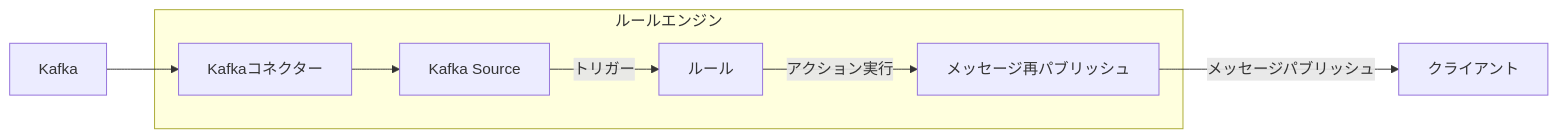
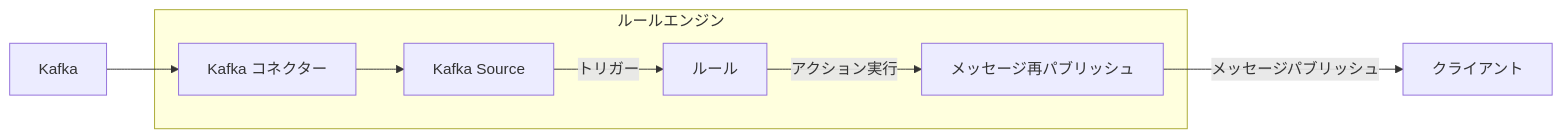
The second of 2 diagrams in ja_JP/data-integration/data-bridges.md (emqx/emqx-docs), drawn with Mermaid before and after one commit. The commit also changed other lines of this file and 41 other files, not shown here.

````diff
--- a/ja_JP/data-integration/data-bridges.md
+++ b/ja_JP/data-integration/data-bridges.md
@@ -62,11 +62,11 @@
 ```mermaid
 graph LR
-  A[Kafka] --> B[Kafkaコネクター]
+  A[Kafka] --> B[Kafka コネクター]
   subgraph ルールエンジン
     B --> C[Kafka Source]
     C -->  |トリガー| D[ルール]
     D -->  |アクション実行| D1[メッセージ再パブリッシュ]
   end
 
 D1 -->|メッセージパブリッシュ| E[クライアント]
 ```
````
